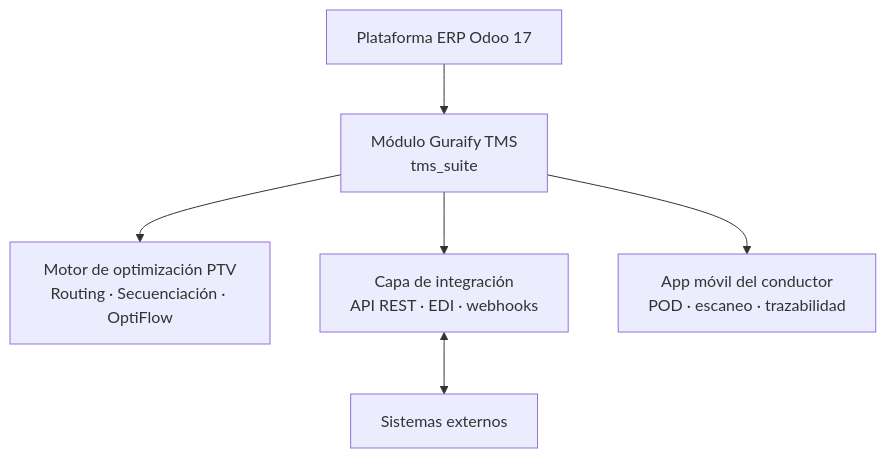
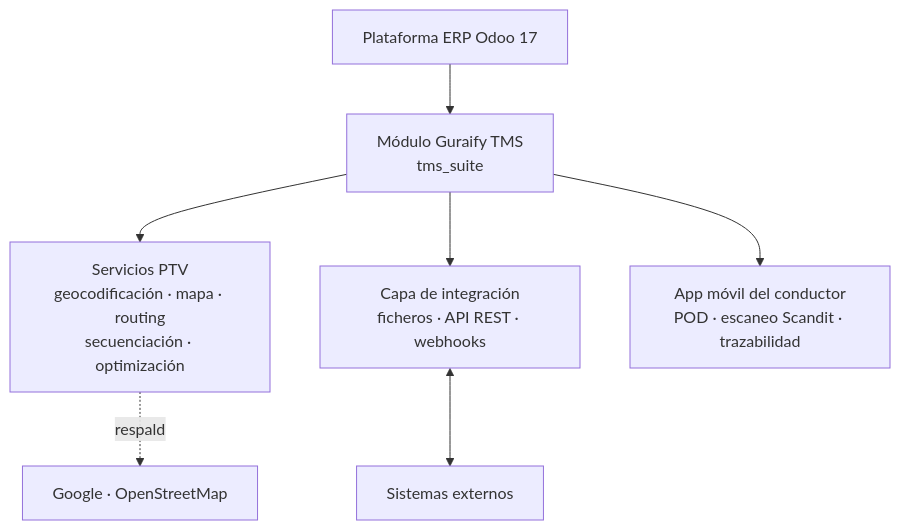
One commit to pacoborrego/guraify-tms-docs changed the diagram in source/17.0/1_introduction/1_4_technological-architecture.rst. Above: the diagram before and after it, drawn with Mermaid. The commit also changed other lines of this file and 7 other files, not shown here.

Commit message:
260908_V04 — D5 cap. 1: propósito y público del Manual de implantación; 1.4 reescrito desde el código (PTV, geocodificación, áreas, Scandit) con Evolución prevista aparte

```diff
--- a/source/17.0/1_introduction/1_4_technological-architecture.rst
+++ b/source/17.0/1_introduction/1_4_technological-architecture.rst
@@ -10,8 +14,9 @@
 .. mermaid::
 
    flowchart TB
        ODOO[Plataforma ERP Odoo 17] --> TMS[Módulo Guraify TMS<br/>tms_suite]
-       TMS --> PTV[Motor de optimización PTV<br/>Routing · Secuenciación · OptiFlow]
-       TMS --> INT[Capa de integración<br/>API REST · EDI · webhooks]
-       TMS --> APP[App móvil del conductor<br/>POD · escaneo · trazabilidad]
+       TMS --> PTV[Servicios PTV<br/>geocodificación · mapa · routing<br/>secuenciación · optimización]
+       PTV -.respaldo.-> OSM[Google · OpenStreetMap]
+       TMS --> INT[Capa de integración<br/>ficheros · API REST · webhooks]
+       TMS --> APP[App móvil del conductor<br/>POD · escaneo Scandit · trazabilidad]
        INT <--> EXT[Sistemas externos]
```
